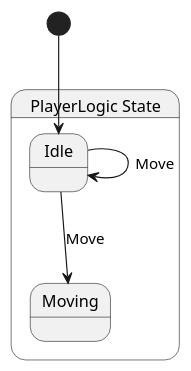
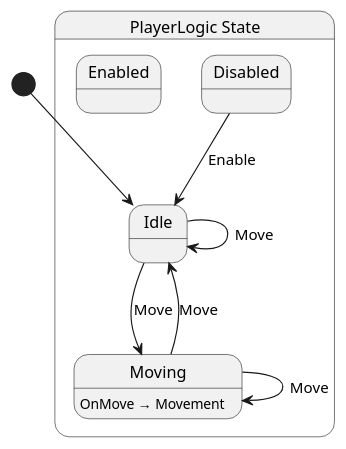
The diagram in src/player/state/PlayerLogic.g.puml (Nilsiker/Adventure), drawn with PlantUML before and after one commit. The commit also changed 20 other files, not shown here.

```diff
--- a/src/player/state/PlayerLogic.g.puml
+++ b/src/player/state/PlayerLogic.g.puml
@@ -1,10 +1,18 @@
 @startuml PlayerLogic
 state "PlayerLogic State" as Shellguard_Player_State_PlayerLogic_State {
+  state "Disabled" as Shellguard_Player_State_PlayerLogic_State_Disabled
+  state "Enabled" as Shellguard_Player_State_PlayerLogic_State_Enabled
   state "Idle" as Shellguard_Player_State_PlayerLogic_State_Idle
   state "Moving" as Shellguard_Player_State_PlayerLogic_State_Moving
 }
 
+Shellguard_Player_State_PlayerLogic_State_Disabled --> Shellguard_Player_State_PlayerLogic_State_Idle : Enable
 Shellguard_Player_State_PlayerLogic_State_Idle --> Shellguard_Player_State_PlayerLogic_State_Idle : Move
 Shellguard_Player_State_PlayerLogic_State_Idle --> Shellguard_Player_State_PlayerLogic_State_Moving : Move
+Shellguard_Player_State_PlayerLogic_State_Moving --> Shellguard_Player_State_PlayerLogic_State_Idle : Move
+Shellguard_Player_State_PlayerLogic_State_Moving --> Shellguard_Player_State_PlayerLogic_State_Moving : Move
+
+Shellguard_Player_State_PlayerLogic_State_Moving : OnMove → Movement
+
 [*] --> Shellguard_Player_State_PlayerLogic_State_Idle
 @enduml
```
